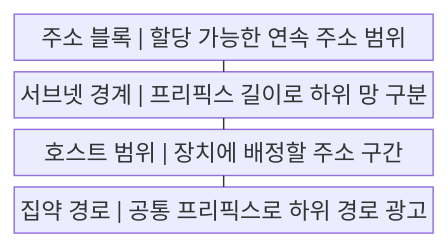
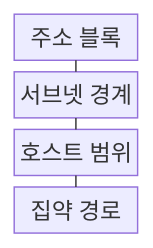
One commit to agnusdei1207/knowledge-base changed the first of 2 diagrams in src/content/docs/notes/04-network/005_subnetting_cidr.md. Above: the diagram before and after it, drawn with Mermaid. The commit also changed other lines of this file and 122 other files, not shown here.

````diff
--- a/src/content/docs/notes/04-network/005_subnetting_cidr.md
+++ b/src/content/docs/notes/04-network/005_subnetting_cidr.md
@@ -55,11 +59,11 @@
 ```mermaid
-block
+block-beta
     columns 1
-    A["주소 블록 | 할당 가능한 연속 주소 범위"]
-    B["서브넷 경계 | 프리픽스 길이로 하위 망 구분"]
-    C["호스트 범위 | 장치에 배정할 주소 구간"]
-    D["집약 경로 | 공통 프리픽스로 하위 경로 광고"]
+    A["주소 블록"]
+    B["서브넷 경계"]
+    C["호스트 범위"]
+    D["집약 경로"]
     A --- B
     B --- C
     C --- D
 ```
````
